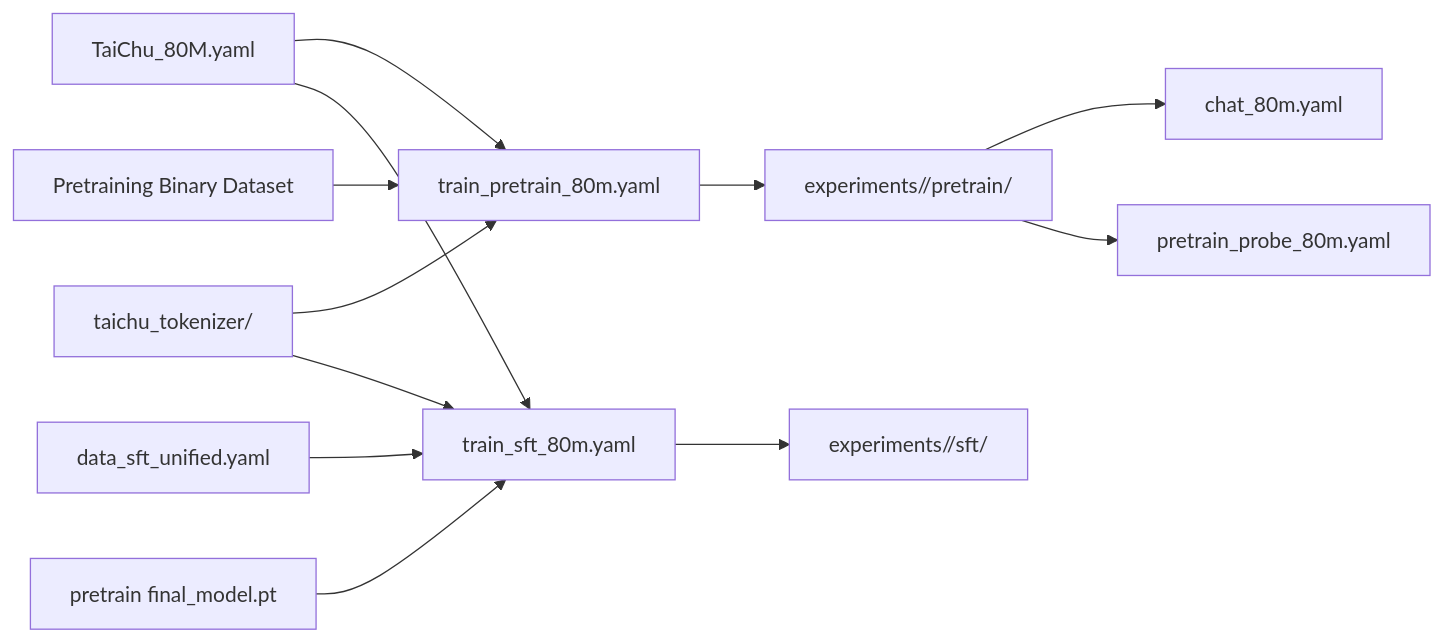
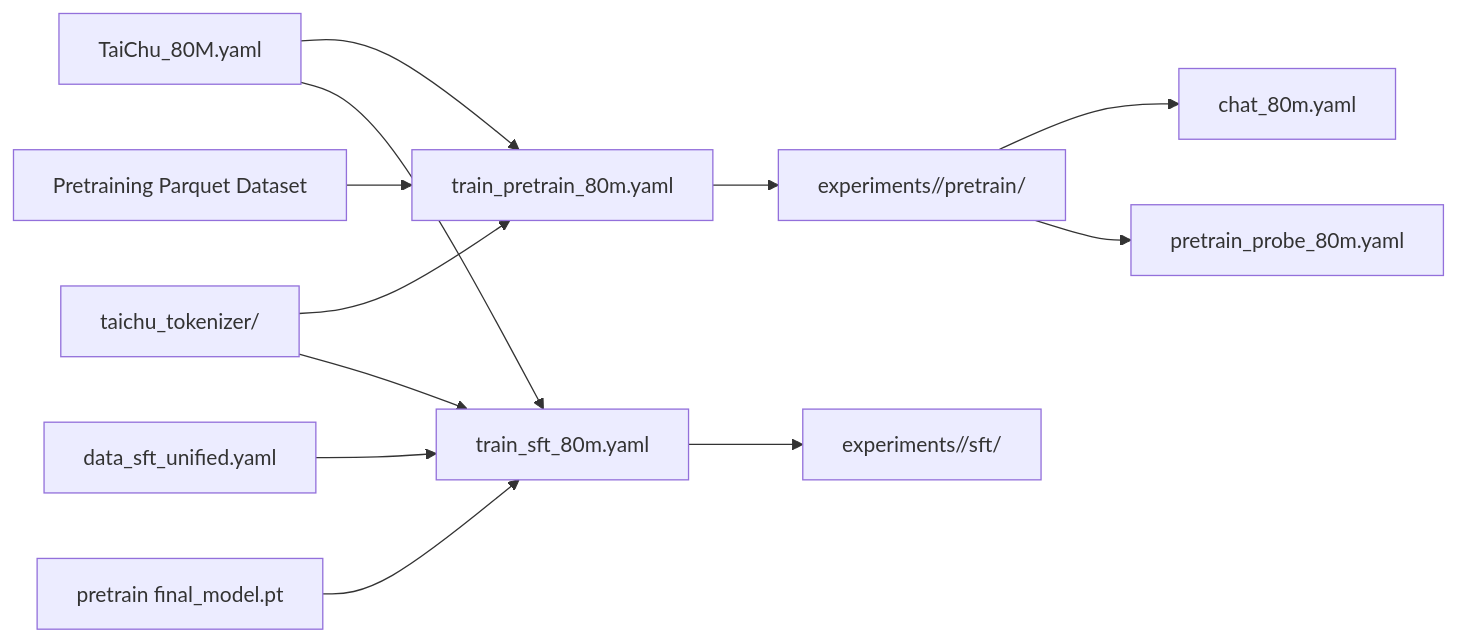
Before and after one commit to Hsuant/TaiChu: the diagram in docs/CONFIGURATION.md, drawn with Mermaid. The commit also changed other lines of this file and 10 other files, not shown here.

````diff
--- a/docs/CONFIGURATION.md
+++ b/docs/CONFIGURATION.md
@@ -8,14 +8,14 @@
 ```mermaid
 flowchart LR
     A["TaiChu_80M.yaml"] --> P["train_pretrain_80m.yaml"]
     A --> S["train_sft_80m.yaml"]
     D["taichu_tokenizer/"] --> P
     D --> S
-    G["Pretraining Binary Dataset"] --> P
+    G["Pretraining Parquet Dataset"] --> P
     K["data_sft_unified.yaml"] --> S
     E["pretrain final_model.pt"] --> S
     P --> R1["experiments/<scale>/pretrain/<run>"]
     S --> R2["experiments/<scale>/sft/<run>"]
     R1 --> I["chat_80m.yaml"]
     R1 --> J["pretrain_probe_80m.yaml"]
 ```
````
